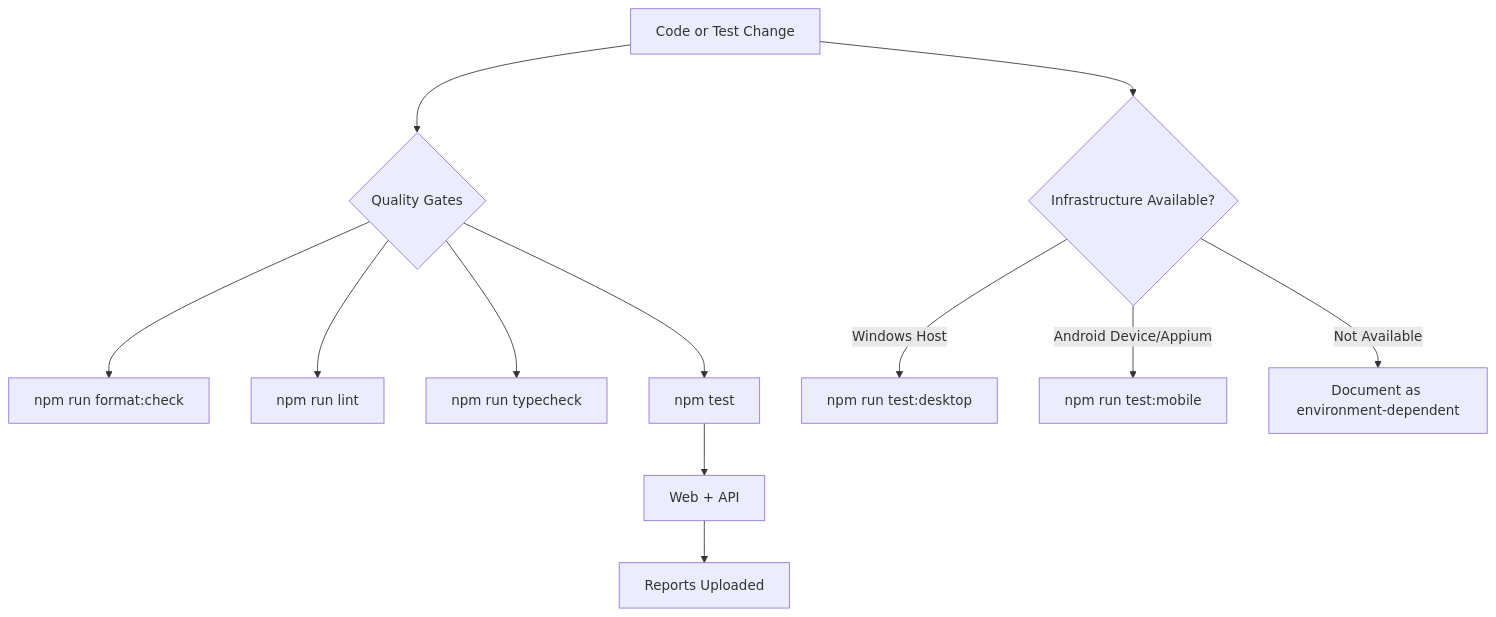
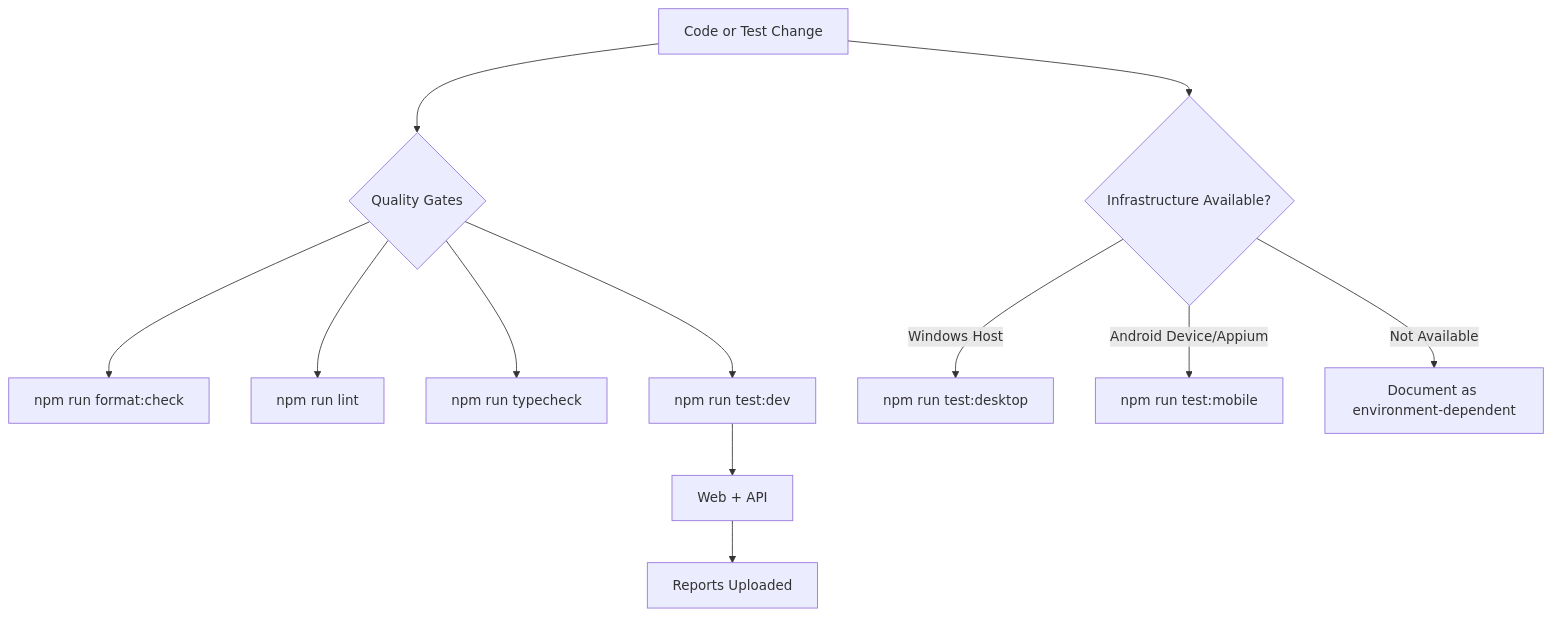
Before and after one commit to anuragsharma1098/ai-sdet: the eighth of 8 diagrams in docs/ARCHITECTURE_TSD.md, drawn with Mermaid. The commit also changed other lines of this file and 8 other files, not shown here.

````diff
--- a/docs/ARCHITECTURE_TSD.md
+++ b/docs/ARCHITECTURE_TSD.md
@@ -209,16 +213,16 @@
 ```mermaid
 flowchart TD
   Change[Code or Test Change] --> Quality{Quality Gates}
   Quality --> Format[npm run format:check]
   Quality --> Lint[npm run lint]
   Quality --> Typecheck[npm run typecheck]
-  Quality --> DefaultTests[npm test]
+  Quality --> DefaultTests[npm run test:dev]
 
   DefaultTests --> WebAPI[Web + API]
   WebAPI --> Reports[Reports Uploaded]
 
   Change --> InfraTests{Infrastructure Available?}
   InfraTests -->|Windows Host| Desktop[npm run test:desktop]
   InfraTests -->|Android Device/Appium| Mobile[npm run test:mobile]
   InfraTests -->|Not Available| Defer[Document as environment-dependent]
 ```
````
